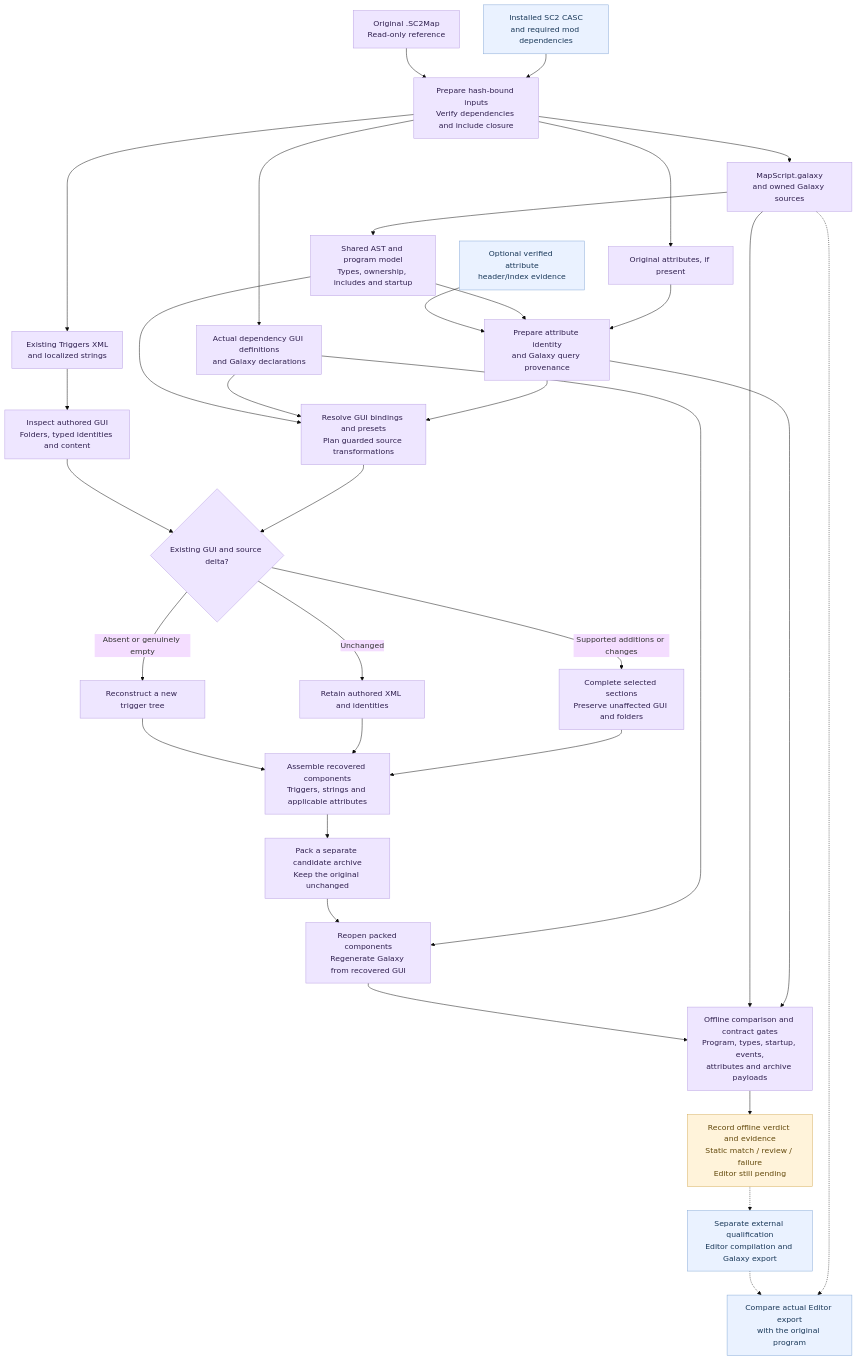
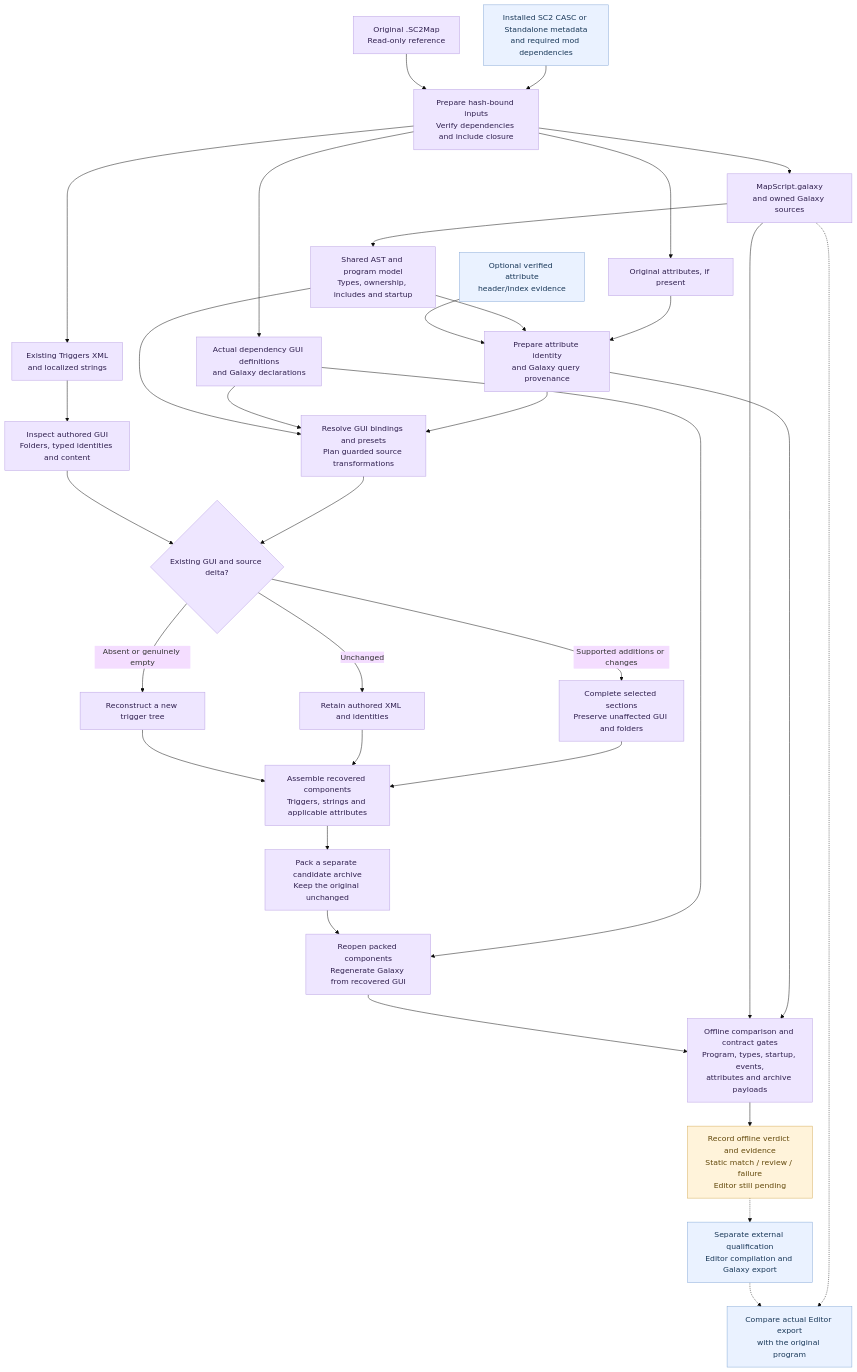
Before and after one commit to VoVanRusLvSC2/SC2-Trigger-Recovery-Tool-KSP-Edition: the diagram in README.md, drawn with Mermaid (base theme). The commit also changed other lines of this file and 20 other files, not shown here.

Commit message:
Release 3.0.1 with installed-game and standalone Windows recovery

````diff
--- a/README.md
+++ b/README.md
@@ -56,45 +57,45 @@
 ```mermaid
 flowchart TB
     archive["Original .SC2Map<br/>Read-only reference"] --> inputs["Prepare hash-bound inputs<br/>Verify dependencies and include closure"]
-    game["Installed SC2 CASC<br/>and required mod dependencies"] --> inputs
+    game["Installed SC2 CASC or Standalone metadata<br/>and required mod dependencies"] --> inputs
     inputs --> source["MapScript.galaxy<br/>and owned Galaxy sources"]
     inputs --> markup["Existing Triggers XML<br/>and localized strings"]
     inputs --> metadata["Actual dependency GUI definitions<br/>and Galaxy declarations"]
     inputs --> attributes["Original attributes, if present"]
     evidence["Optional verified attribute<br/>header/index evidence"] --> identity
 
     source --> ast["Shared AST and program model<br/>Types, ownership, includes and startup"]
     markup --> inventory["Inspect authored GUI<br/>Folders, typed identities and content"]
     ast --> identity["Prepare attribute identity<br/>and Galaxy query provenance"]
     attributes --> identity
     ast --> plan["Resolve GUI bindings and presets<br/>Plan guarded source transformations"]
     metadata --> plan
     identity --> plan
     inventory --> mode{"Existing GUI and source delta?"}
     plan --> mode
     mode -->|Absent or genuinely empty| fresh["Reconstruct a new trigger tree"]
     mode -->|Unchanged| preserve["Retain authored XML and identities"]
     mode -->|Supported additions or changes| incremental["Complete selected sections<br/>Preserve unaffected GUI and folders"]
     fresh --> output["Assemble recovered components<br/>Triggers, strings and applicable attributes"]
     preserve --> output
     incremental --> output
 
     output --> packed["Pack a separate candidate archive<br/>Keep the original unchanged"]
     packed --> regenerate["Reopen packed components<br/>Regenerate Galaxy from recovered GUI"]
     metadata --> regenerate
     regenerate --> safeguards["Offline comparison and contract gates<br/>Program, types, startup, events,<br/>attributes and archive payloads"]
     source --> safeguards
     identity --> safeguards
     safeguards --> result["Record offline verdict and evidence<br/>Static match / review / failure<br/>Editor still pending"]
 
     result -.-> editor["Separate external qualification<br/>Editor compilation and Galaxy export"]
     editor -.-> comparison["Compare actual Editor export<br/>with the original program"]
     source -.-> comparison
 
     classDef core fill:#eee6ff,stroke:#b9a0e3,color:#30204f;
     classDef external fill:#eaf2ff,stroke:#86a9d7,color:#193858;
     classDef attention fill:#fff3da,stroke:#d5ad5a,color:#62480b;
     class archive,inputs,source,markup,metadata,attributes,ast,inventory,identity,plan,mode,fresh,preserve,incremental,output,packed,regenerate,safeguards core;
     class game,evidence,editor,comparison external;
     class result attention;
 ```
````
